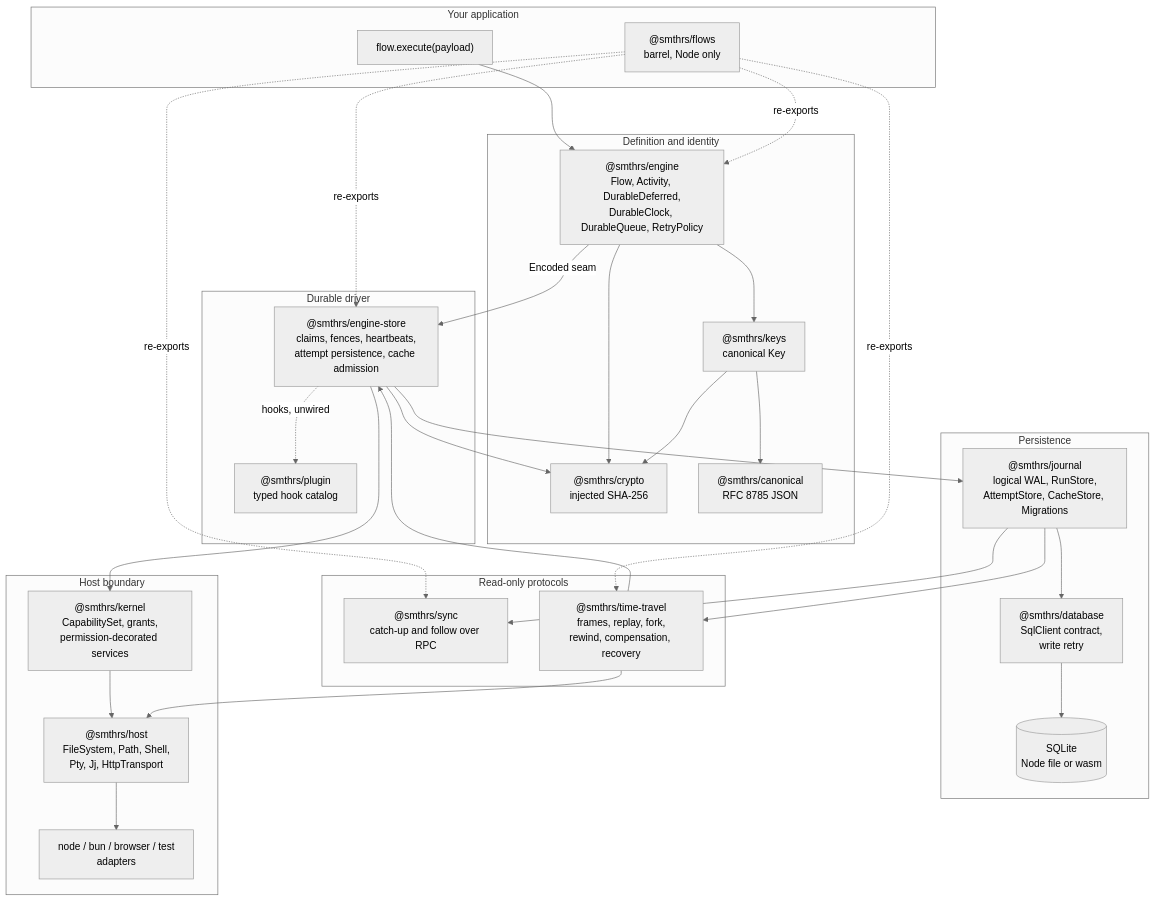
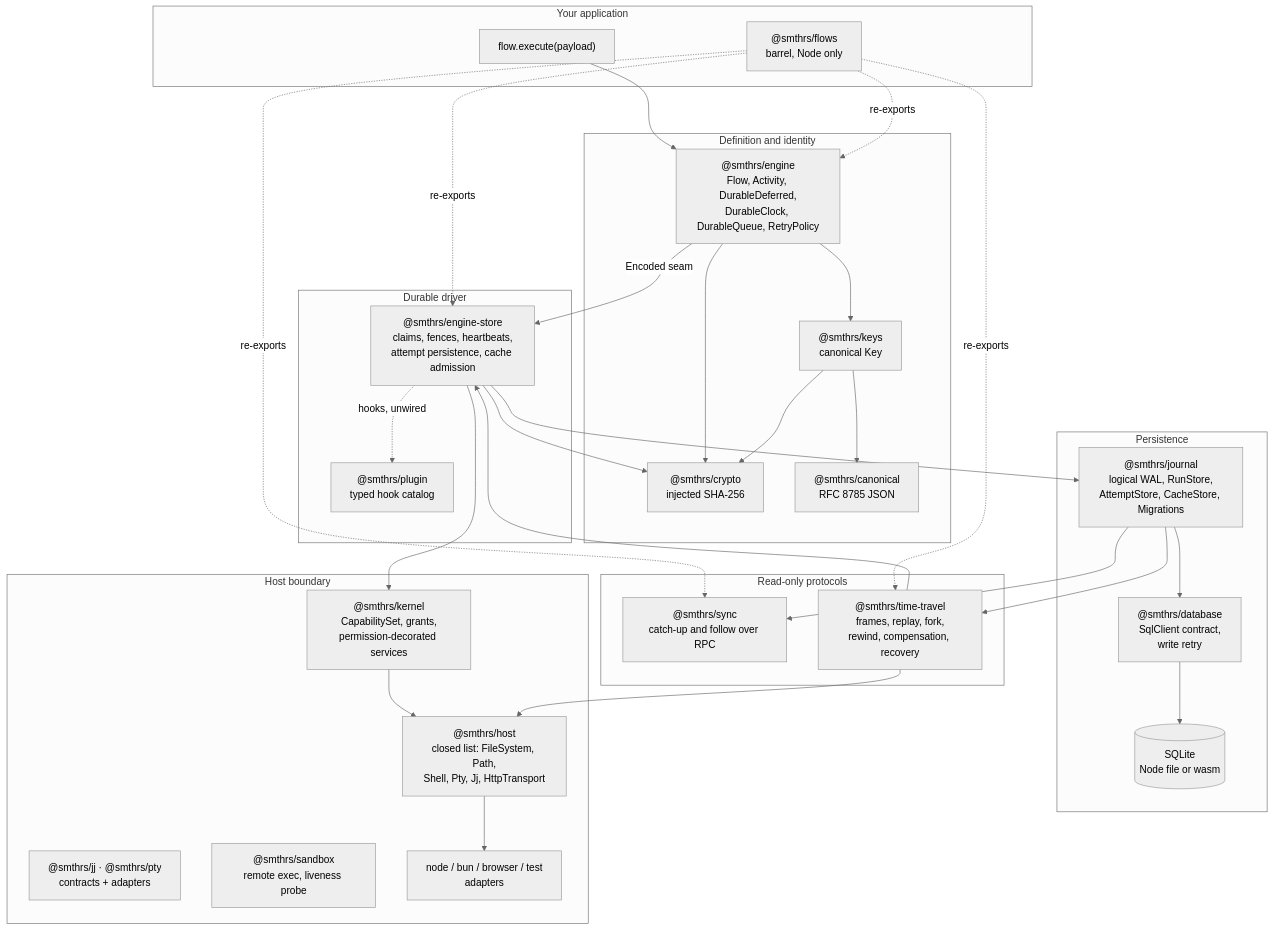
One commit to smithersai/flows changed the first of 2 diagrams in docs/pages/architecture.md. Above: the diagram before and after it, drawn with Mermaid (neutral theme). The commit also changed other lines of this file and 21 other files, not shown here.

````diff
--- a/docs/pages/architecture.md
+++ b/docs/pages/architecture.md
@@ -7,59 +7,61 @@
 ```mermaid
 flowchart TB
   subgraph app["Your application"]
     CALL["flow.execute(payload)"]
     BARREL["@smthrs/flows<br/>barrel, Node only"]
   end
 
   subgraph define["Definition and identity"]
     ENGINE["@smthrs/engine<br/>Flow, Activity, DurableDeferred,<br/>DurableClock, DurableQueue, RetryPolicy"]
     KEYS["@smthrs/keys<br/>canonical Key"]
     CRYPTO["@smthrs/crypto<br/>injected SHA-256"]
     CANONICAL["@smthrs/canonical<br/>RFC 8785 JSON"]
   end
 
   subgraph drive["Durable driver"]
     STORE["@smthrs/engine-store<br/>claims, fences, heartbeats,<br/>attempt persistence, cache admission"]
     PLUGIN["@smthrs/plugin<br/>typed hook catalog"]
   end
 
   subgraph persist["Persistence"]
     JOURNAL["@smthrs/journal<br/>logical WAL, RunStore,<br/>AttemptStore, CacheStore, Migrations"]
     DB["@smthrs/database<br/>SqlClient contract,<br/>write retry"]
     SQL[("SQLite<br/>Node file or wasm")]
   end
 
   subgraph guard["Host boundary"]
     KERNEL["@smthrs/kernel<br/>CapabilitySet, grants,<br/>permission-decorated services"]
-    HOST["@smthrs/host<br/>FileSystem, Path, Shell,<br/>Pty, Jj, HttpTransport"]
+    HOST["@smthrs/host<br/>closed list: FileSystem, Path,<br/>Shell, Pty, Jj, HttpTransport"]
+    JJPTY["@smthrs/jj · @smthrs/pty<br/>contracts + adapters"]
+    SANDBOX["@smthrs/sandbox<br/>remote exec, liveness probe"]
     ADAPTERS["node / bun / browser / test<br/>adapters"]
   end
 
   subgraph read["Read-only protocols"]
     SYNC["@smthrs/sync<br/>catch-up and follow over RPC"]
     TT["@smthrs/time-travel<br/>frames, replay, fork,<br/>rewind, compensation, recovery"]
   end
 
   CALL --> ENGINE
   BARREL -.re-exports.-> ENGINE
   BARREL -.re-exports.-> STORE
   BARREL -.re-exports.-> SYNC
   BARREL -.re-exports.-> TT
   ENGINE --> KEYS
   ENGINE --> CRYPTO
   KEYS --> CANONICAL
   KEYS --> CRYPTO
   ENGINE -->|Encoded seam| STORE
   STORE --> JOURNAL
   STORE --> CRYPTO
   STORE --> KERNEL
   STORE -.hooks, unwired.-> PLUGIN
   JOURNAL --> DB
   DB --> SQL
   KERNEL --> HOST
   HOST --> ADAPTERS
   JOURNAL --> SYNC
   JOURNAL --> TT
   TT --> STORE
   TT --> HOST
 ```
````
